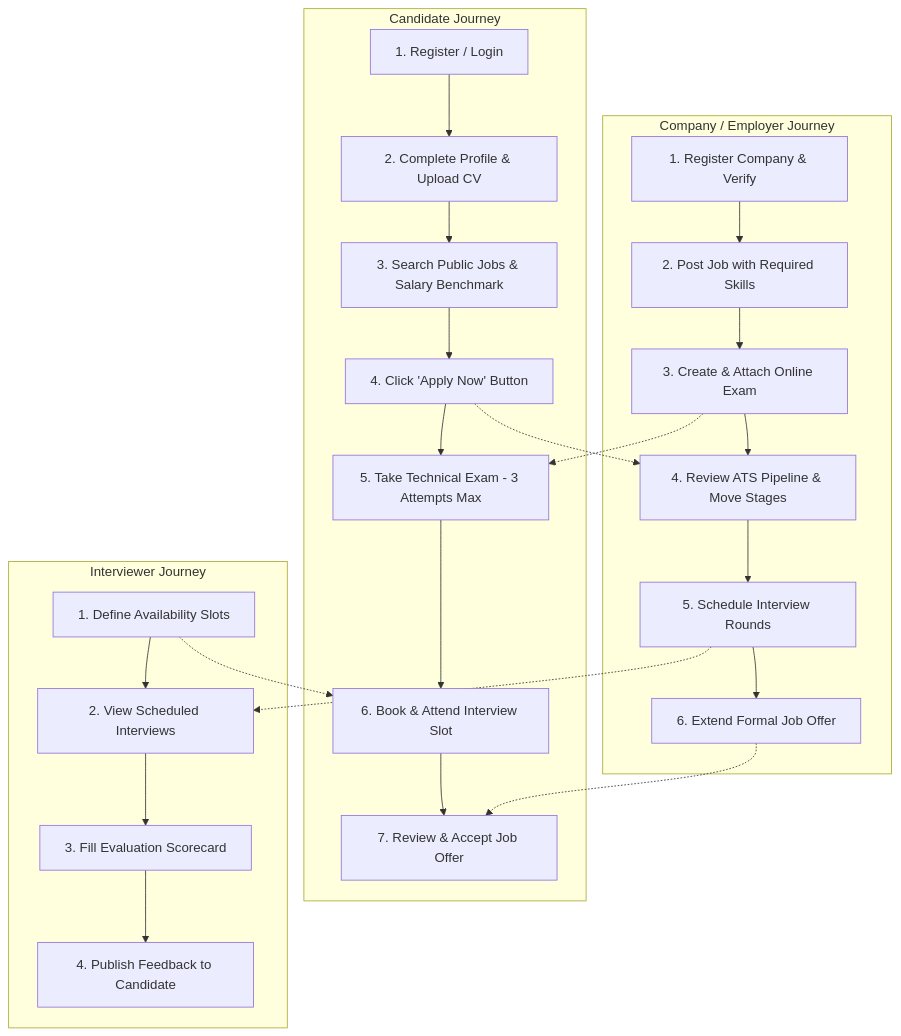
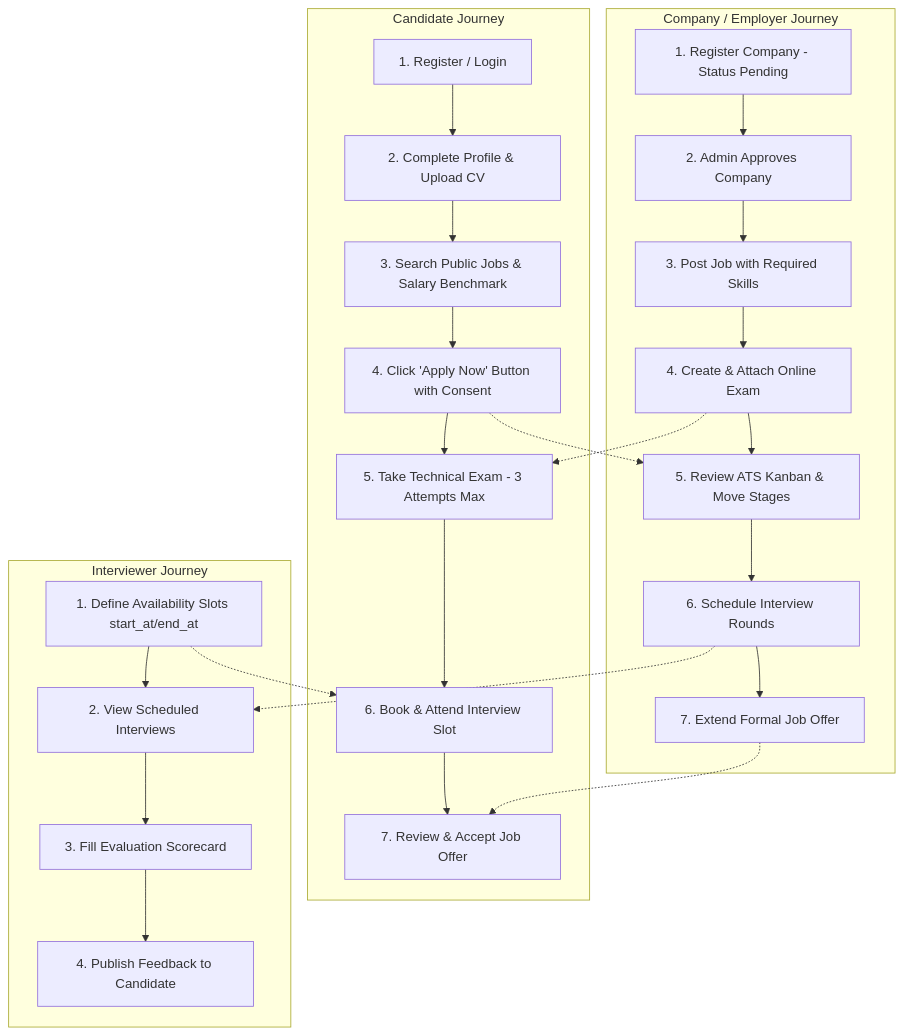
The diagram in docs/FRONTEND_INTEGRATION_AND_WORKFLOW_GUIDE.md (memoramadan7788-prog/back-wesam), drawn with Mermaid before and after one commit. The commit also changed other lines of this file and 16 other files, not shown here.

Commit message:
fix: resolve 10 schema discrepancies, add public lookups, and align frontend integration guide

````diff
--- a/docs/FRONTEND_INTEGRATION_AND_WORKFLOW_GUIDE.md
+++ b/docs/FRONTEND_INTEGRATION_AND_WORKFLOW_GUIDE.md
@@ -33,31 +33,32 @@
 ```mermaid
 flowchart TD
     subgraph Candidate_Journey [Candidate Journey]
         C1[1. Register / Login] --> C2[2. Complete Profile & Upload CV]
         C2 --> C3[3. Search Public Jobs & Salary Benchmark]
-        C3 --> C4[4. Click 'Apply Now' Button]
+        C3 --> C4[4. Click 'Apply Now' Button with Consent]
         C4 --> C5[5. Take Technical Exam - 3 Attempts Max]
         C5 --> C6[6. Book & Attend Interview Slot]
         C6 --> C7[7. Review & Accept Job Offer]
     end
 
     subgraph Company_Journey [Company / Employer Journey]
-        E1[1. Register Company & Verify] --> E2[2. Post Job with Required Skills]
-        E2 --> E3[3. Create & Attach Online Exam]
-        E3 --> E4[4. Review ATS Pipeline & Move Stages]
-        E4 --> E5[5. Schedule Interview Rounds]
-        E5 --> E6[6. Extend Formal Job Offer]
+        E1[1. Register Company - Status Pending] --> E2[2. Admin Approves Company]
+        E2 --> E3[3. Post Job with Required Skills]
+        E3 --> E4[4. Create & Attach Online Exam]
+        E4 --> E5[5. Review ATS Kanban & Move Stages]
+        E5 --> E6[6. Schedule Interview Rounds]
+        E6 --> E7[7. Extend Formal Job Offer]
     end
 
     subgraph Interviewer_Journey [Interviewer Journey]
-        I1[1. Define Availability Slots] --> I2[2. View Scheduled Interviews]
+        I1[1. Define Availability Slots start_at/end_at] --> I2[2. View Scheduled Interviews]
         I2 --> I3[3. Fill Evaluation Scorecard]
         I3 --> I4[4. Publish Feedback to Candidate]
     end
 
-    C4 -.-> E4
-    E3 -.-> C5
+    C4 -.-> E5
+    E4 -.-> C5
     I1 -.-> C6
-    E5 -.-> I2
-    E6 -.-> C7
+    E6 -.-> I2
+    E7 -.-> C7
 ```
````
